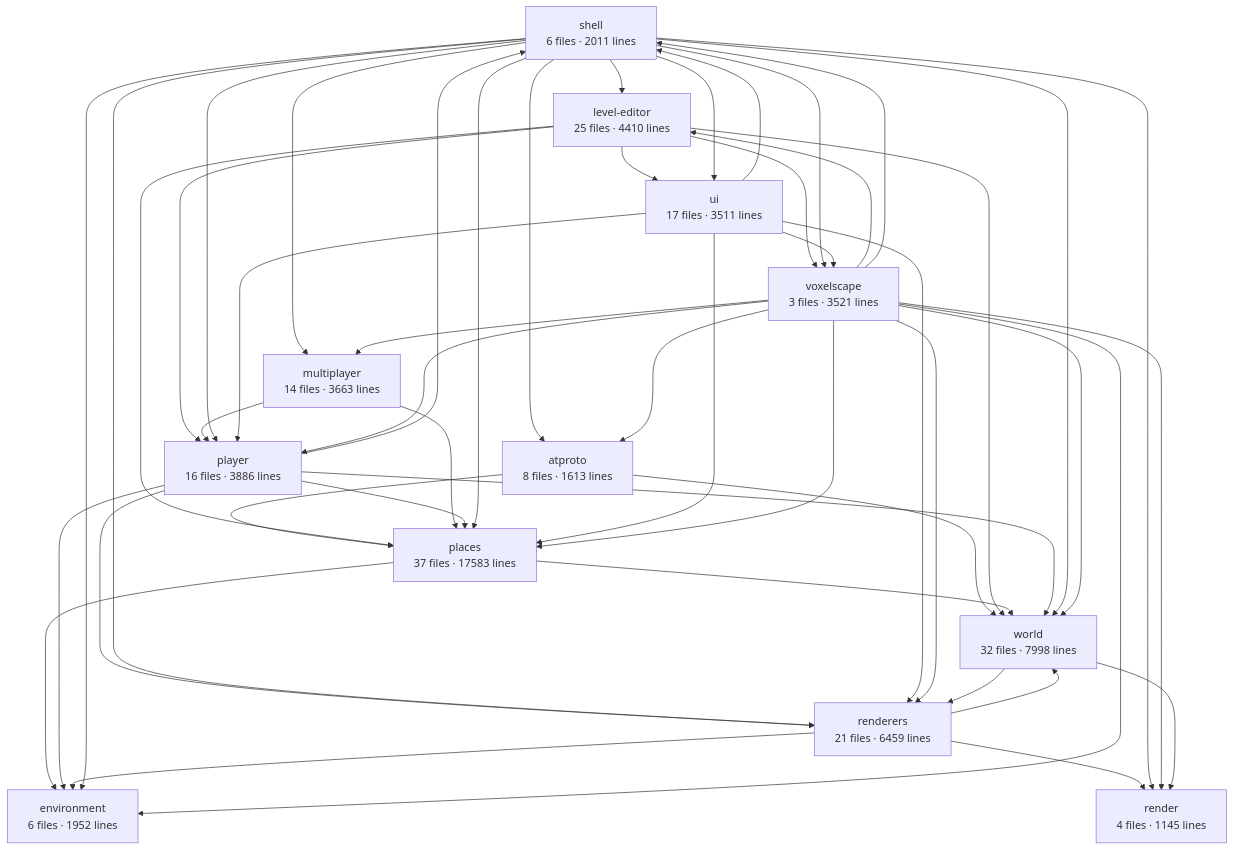
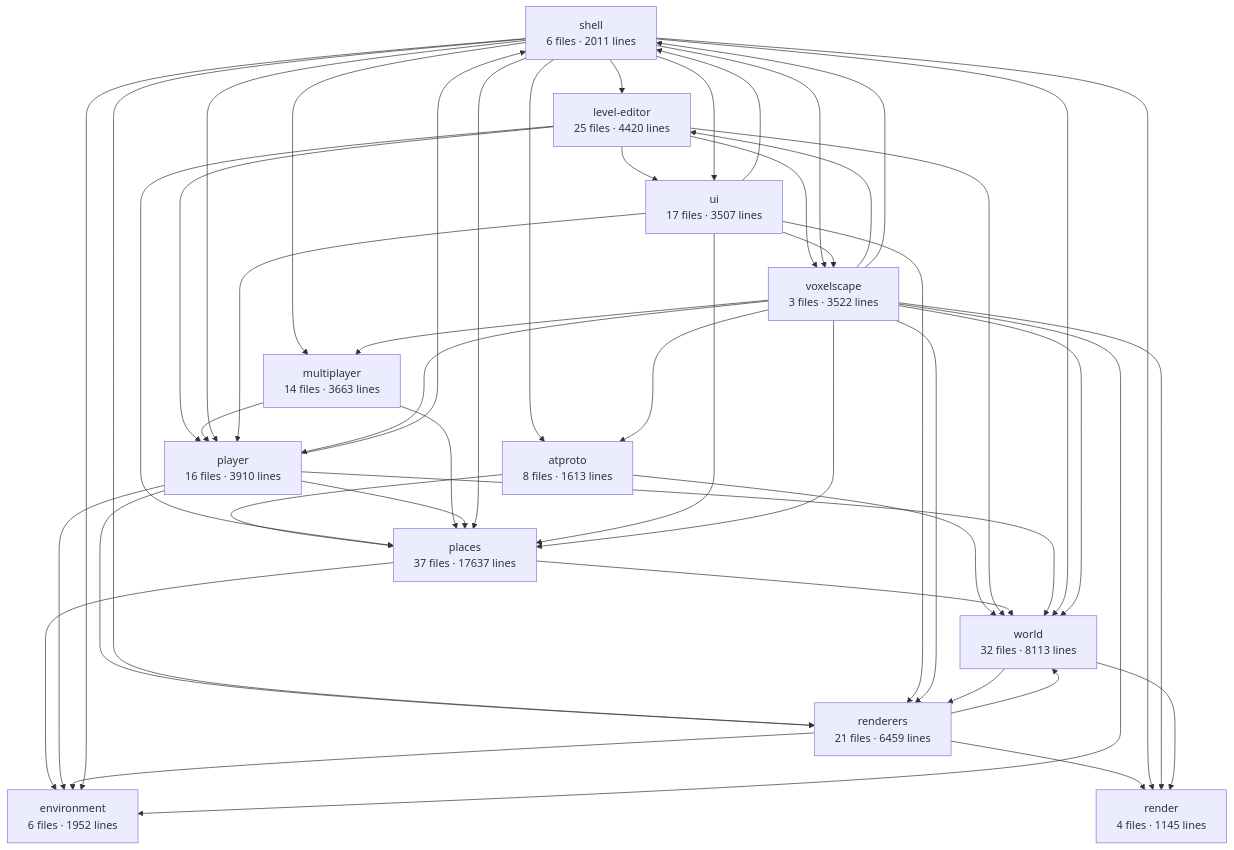
One commit to big-mesh-studios/big-mesh-studios changed the diagram in apps/voxelscape/docs/architecture.md. Above: the diagram before and after it, drawn with Mermaid. The commit also changed other lines of this file and 20 other files, not shown here.

````diff
--- a/apps/voxelscape/docs/architecture.md
+++ b/apps/voxelscape/docs/architecture.md
@@ -6,62 +6,62 @@
 ```mermaid
 graph TD
   shell["shell<br/>6 files · 2011 lines"]
-  voxelscape["voxelscape<br/>3 files · 3521 lines"]
-  world["world<br/>32 files · 7998 lines"]
+  voxelscape["voxelscape<br/>3 files · 3522 lines"]
+  world["world<br/>32 files · 8113 lines"]
   renderers["renderers<br/>21 files · 6459 lines"]
   render["render<br/>4 files · 1145 lines"]
-  player["player<br/>16 files · 3886 lines"]
+  player["player<br/>16 files · 3910 lines"]
   multiplayer["multiplayer<br/>14 files · 3663 lines"]
-  places["places<br/>37 files · 17583 lines"]
+  places["places<br/>37 files · 17637 lines"]
   environment["environment<br/>6 files · 1952 lines"]
   atproto["atproto<br/>8 files · 1613 lines"]
-  ui["ui<br/>17 files · 3511 lines"]
-  level-editor["level-editor<br/>25 files · 4410 lines"]
+  ui["ui<br/>17 files · 3507 lines"]
+  level-editor["level-editor<br/>25 files · 4420 lines"]
   atproto --> places
   atproto --> world
   level-editor --> places
   level-editor --> player
   level-editor --> ui
   level-editor --> voxelscape
   level-editor --> world
   multiplayer --> places
   multiplayer --> player
   places --> environment
   places --> world
   player --> environment
   player --> places
   player --> renderers
   player --> shell
   player --> world
   renderers --> environment
   renderers --> render
   renderers --> world
   shell --> atproto
   shell --> environment
   shell --> level-editor
   shell --> multiplayer
   shell --> places
   shell --> player
   shell --> render
   shell --> renderers
   shell --> ui
   shell --> voxelscape
   shell --> world
   ui --> places
   ui --> player
   ui --> renderers
   ui --> shell
   ui --> voxelscape
   voxelscape --> atproto
   voxelscape --> environment
   voxelscape --> level-editor
   voxelscape --> multiplayer
   voxelscape --> places
   voxelscape --> player
   voxelscape --> render
   voxelscape --> renderers
   voxelscape --> shell
   voxelscape --> world
   world --> render
   world --> renderers
 ```
````
